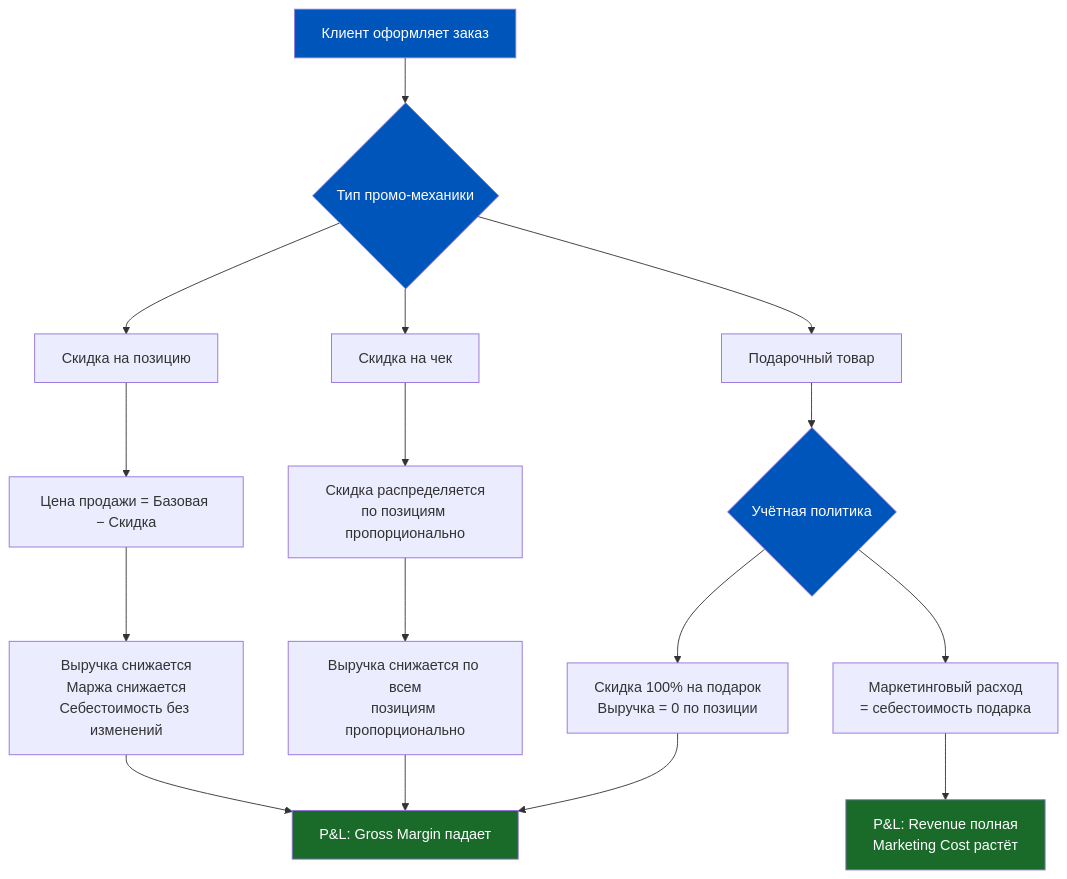
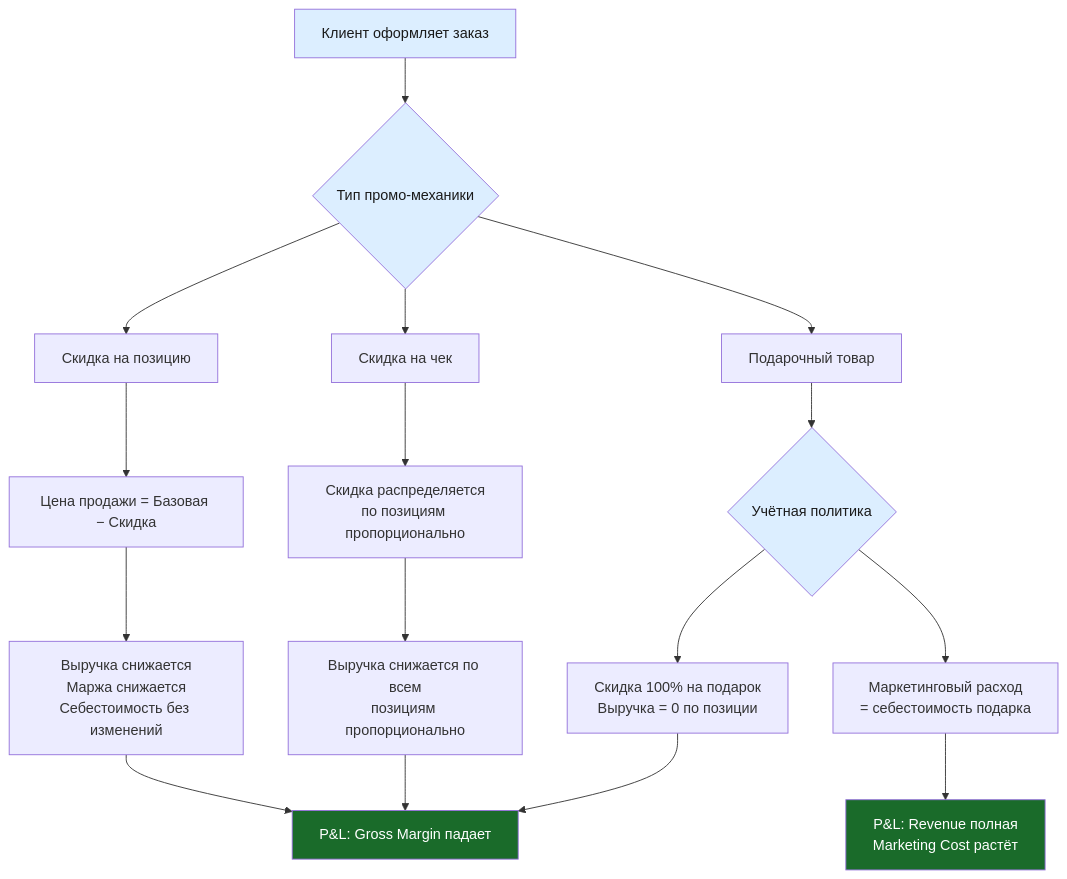
One commit to murad1986/1c-erp-quartz changed the first of 7 diagrams in content/1c-erp/week_6/Неделя 6 - День 5 - Промо и скидки.md. Above: the diagram before and after it, drawn with Mermaid. The commit also changed other lines of this file and 57 other files, not shown here.

First line of the commit message:
fix: Mermaid — пастельные цвета в источниках диаграмм (56 файлов)

````diff
--- a/content/1c-erp/week_6/Неделя 6 - День 5 - Промо и скидки.md
+++ b/content/1c-erp/week_6/Неделя 6 - День 5 - Промо и скидки.md
@@ -51,23 +51,23 @@
 ```mermaid
 flowchart TD
     A[Клиент оформляет заказ] --> B{Тип промо-механики}
     B --> C[Скидка на позицию]
     B --> D[Скидка на чек]
     B --> E[Подарочный товар]
     C --> F[Цена продажи = Базовая − Скидка]
     F --> G[Выручка снижается<br/>Маржа снижается<br/>Себестоимость без изменений]
     D --> H[Скидка распределяется<br/>по позициям пропорционально]
     H --> I[Выручка снижается по всем<br/>позициям пропорционально]
     E --> J{Учётная политика}
     J --> K[Скидка 100% на подарок<br/>Выручка = 0 по позиции]
     J --> L[Маркетинговый расход<br/>= себестоимость подарка]
     G --> M[P&L: Gross Margin падает]
     I --> M
     K --> M
     L --> N[P&L: Revenue полная<br/>Marketing Cost растёт]
-    style A fill:#0055BB,color:#fff
-    style B fill:#0055BB,color:#fff
-    style J fill:#0055BB,color:#fff
+    style A fill:#dceeff,color:#1a1a1a
+    style B fill:#dceeff,color:#1a1a1a
+    style J fill:#dceeff,color:#1a1a1a
     style M fill:#1a6b2a,color:#fff
     style N fill:#1a6b2a,color:#fff
 ```
````
